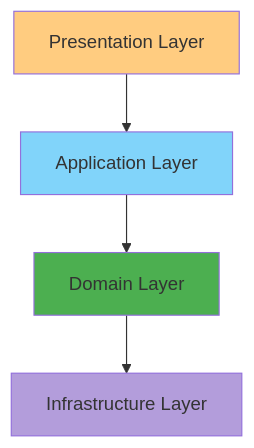
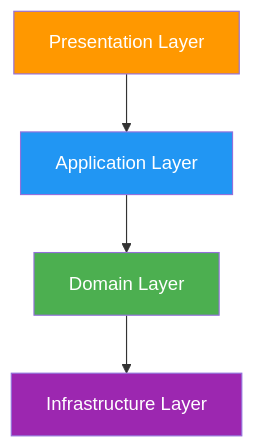
One commit to joseluisgs/DesarrolloWebEntornosServidor-01-2026-2027 changed diagram 15 of 17 in csharp_inicial/05-PatronesArquitecturas.md. Above: the diagram before and after it, drawn with Mermaid. The commit also changed other lines of this file and 77 other files, not shown here.

````diff
--- a/csharp_inicial/05-PatronesArquitecturas.md
+++ b/csharp_inicial/05-PatronesArquitecturas.md
@@ -773,11 +777,11 @@
 ```mermaid
 graph TD
     A["Presentation Layer"] --> B["Application Layer"]
     B --> C["Domain Layer"]
     C --> D["Infrastructure Layer"]
     
-    style A fill:#FFCC80
-    style B fill:#81D4FA
-    style C fill:#4CAF50
-    style D fill:#B39DDB
+    style A fill:#FF9800,color:#fff
+    style B fill:#2196F3,color:#fff
+    style C fill:#4CAF50,color:#fff
+    style D fill:#9C27B0,color:#fff
 ```
````
